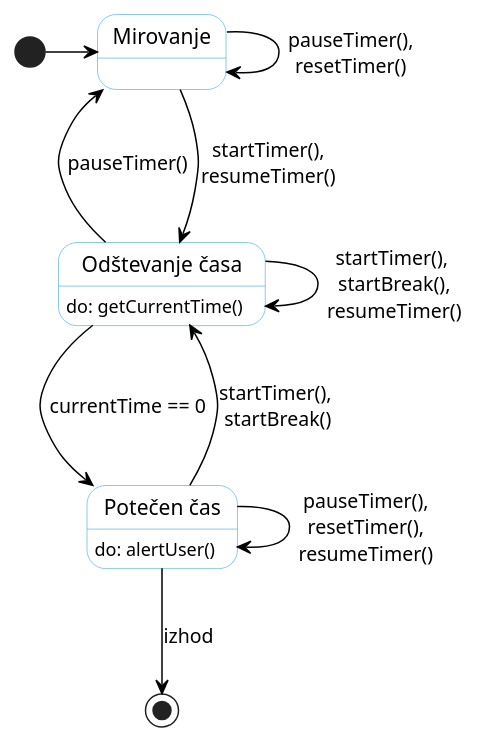
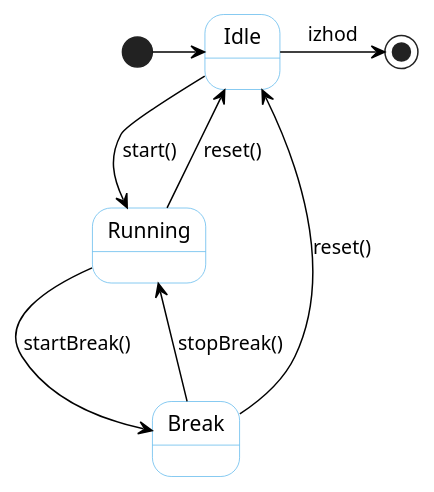
Before and after one commit to juremrzek/ProductivityApp: the diagram in docs/gradivo/plantuml/načrt_obnašanja/Uporaba_casovnika.puml, drawn with PlantUML. The commit also changed other lines of this file and 2 other files, not shown here.

Commit message:
Changed State diagram

```diff
--- a/docs/gradivo/plantuml/načrt_obnašanja/Uporaba_casovnika.puml
+++ b/docs/gradivo/plantuml/načrt_obnašanja/Uporaba_casovnika.puml
@@ -2,40 +1,29 @@
 @startuml Uporaba_casovnika
 
 skinparam backgroundcolor transparent
 skinparam defaultTextAlignment center
 skinparam arrowColor black
 skinparam state {
   BackgroundColor white
   BorderColor #5FB8EC
   StartColor #5FB8EC
   EndColor #5FB8EC
 }
 
+state Idle
 
-state "Mirovanje" as S1
+state Running
 
+state Break
 
-state "Odštevanje časa" as S2
-S2: do: getCurrentTime()
+[*] -> Idle
+Idle --> Running: start()
+Running --> Break: startBreak()
+Break --> Running: stopBreak()
+Running --> Idle: reset()
+Break --> Idle: reset()
 
-state "Potečen čas" as S3
-S3: do: alertUser()
-
-
-
-
-[*] -> S1
-
-S1 --> S1: pauseTimer(),\nresetTimer()
-S1 --> S2: startTimer(),\nresumeTimer()
-S1 <-- S2: pauseTimer()
-S2 --> S2: startTimer(), \nstartBreak(),\nresumeTimer()
-S2 --> S3: currentTime == 0
-S3 --> S2: startTimer(), \nstartBreak()
-S3 --> S3: pauseTimer(),\nresetTimer(),\nresumeTimer()
-
-
-S3 --> [*]: izhod
+Idle -right-> [*]: izhod
 
 
 @enduml
```
